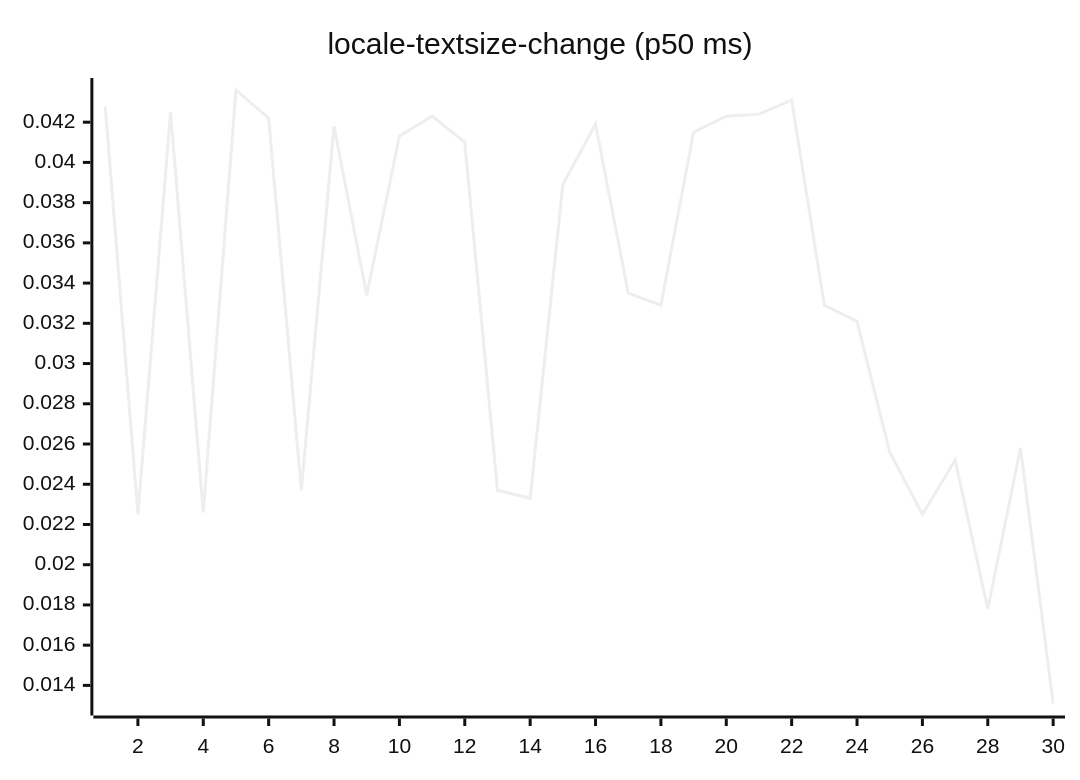
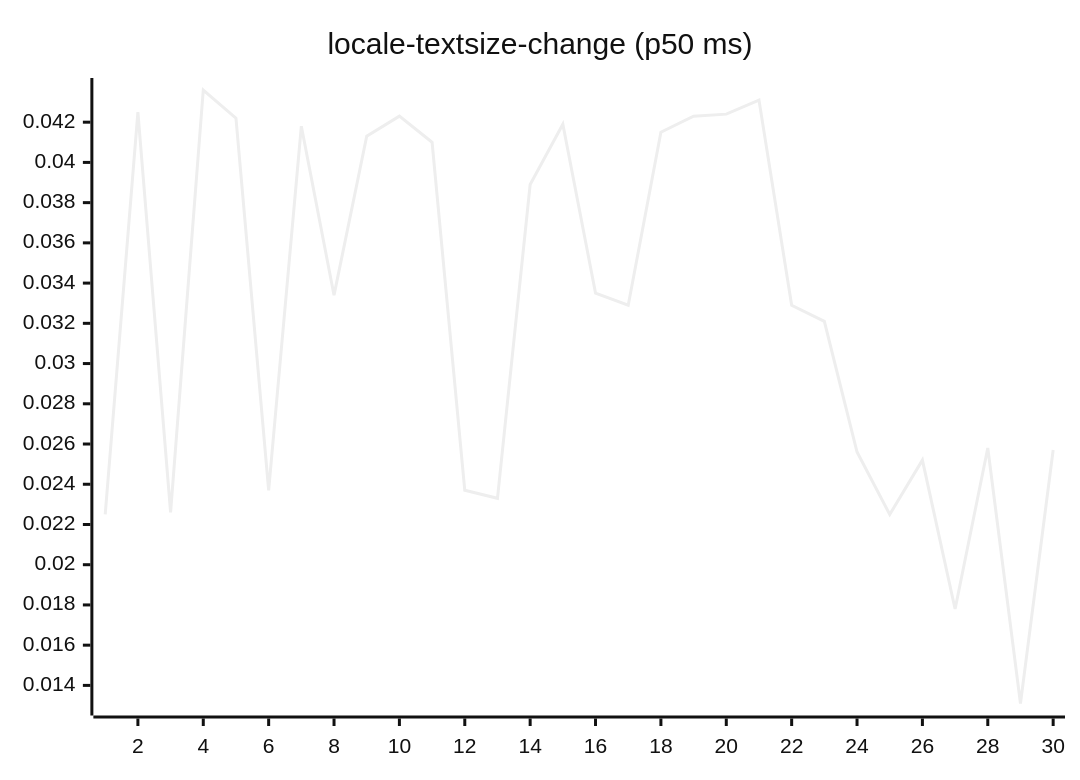
One commit to josha/Facet changed diagram 13 of 27 in README.md. Above: the diagram before and after it, drawn with Mermaid (neutral theme). The commit also changed other lines of this file and 2 other files, not shown here.

````diff
--- a/README.md
+++ b/README.md
@@ -147,6 +147,6 @@
 ```mermaid
 xychart-beta
     title "locale-textsize-change (p50 ms)"
     x-axis 1 --> 30
-    line [0.0428, 0.0225, 0.0425, 0.0226, 0.0436, 0.0422, 0.0237, 0.0418, 0.0334, 0.0413, 0.0423, 0.0410, 0.0237, 0.0233, 0.0389, 0.0419, 0.0335, 0.0329, 0.0415, 0.0423, 0.0424, 0.0431, 0.0329, 0.0321, 0.0256, 0.0225, 0.0252, 0.0178, 0.0258, 0.0131]
+    line [0.0225, 0.0425, 0.0226, 0.0436, 0.0422, 0.0237, 0.0418, 0.0334, 0.0413, 0.0423, 0.0410, 0.0237, 0.0233, 0.0389, 0.0419, 0.0335, 0.0329, 0.0415, 0.0423, 0.0424, 0.0431, 0.0329, 0.0321, 0.0256, 0.0225, 0.0252, 0.0178, 0.0258, 0.0131, 0.0257]
 ```
````
